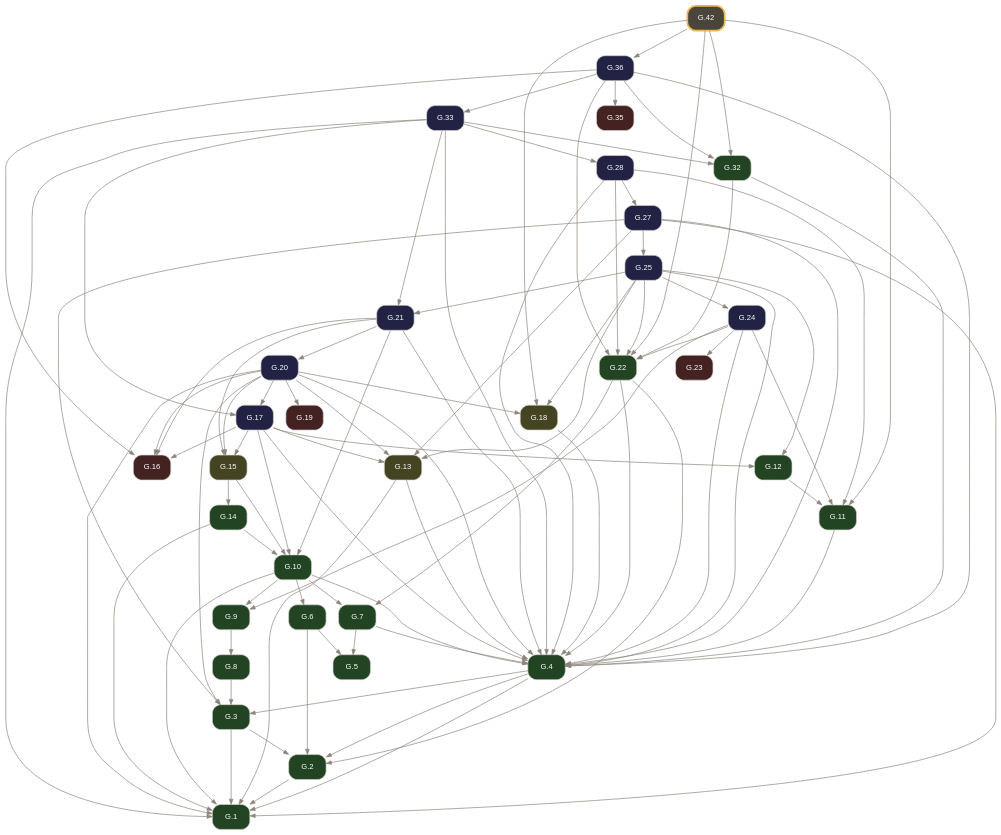
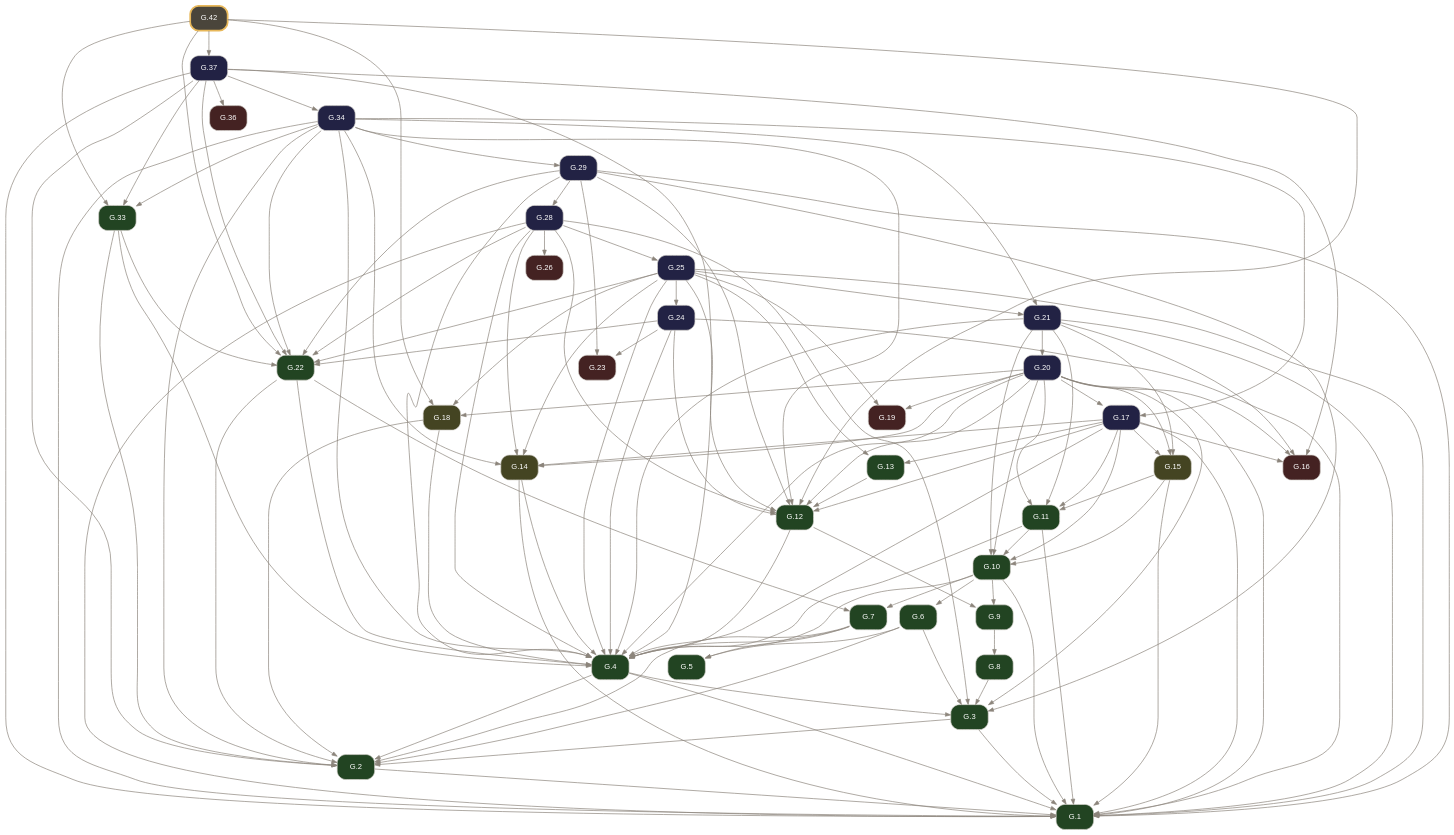
Before and after one commit to geometor/elements: the diagram in docsrc/elements2/G.42/index.rst, drawn with Graphviz. The commit also changed other lines of this file and 1276 other files, not shown here.

```diff
--- a/docsrc/elements2/G.42/index.rst
+++ b/docsrc/elements2/G.42/index.rst
@@ -86,10 +86,10 @@
      "G.8" [label="G.8", tooltip="G.8 (I.def.13): A boundary is the extremity of anything.", fillcolor="#224422", URL="../G.8/index.html", target="_top"];
      "G.9" [label="G.9", tooltip="G.9 (I.def.14): A figure is that which is contained by any boundary or boundaries.", fillcolor="#224422", URL="../G.9/index.html", target="_top"];
      "G.10" [label="G.10", tooltip="G.10 (I.def.15): A circle ( A B ) is a plane figure contained by one arc defined by a center A and a point B establishing its defining radius / A B /, such that all segments / A B /, / A C /, / A D...", fillcolor="#224422", URL="../G.10/index.html", target="_top"];
-     "G.11" [label="G.11", tooltip="G.11 (I.def.19): Rectilineal figures are contained by segments: trilateral by three, quadrilateral by four, and multilateral by more than four.", fillcolor="#224422", URL="../G.11/index.html", target="_top"];
-     "G.12" [label="G.12", tooltip="G.12 (I.def.20): Of trilateral figures, an equilateral triangle < A B C > has three equal sides, an isosceles triangle < D E F > has two equal sides, and a scalene triangle < G H K > has three uneq...", fillcolor="#224422", URL="../G.12/index.html", target="_top"];
-     "G.13" [label="G.13", tooltip="G.13 (I.post.1): Construct a segment / A B / between any two points A, B.", fillcolor="#444422", URL="../G.13/index.html", target="_top"];
-     "G.14" [label="G.14", tooltip="G.14 (I.def.16): The point A within the circle ( A B ) from which all segments / A B /, / A C / to the arc are equal is called the center of the circle.", fillcolor="#224422", URL="../G.14/index.html", target="_top"];
+     "G.11" [label="G.11", tooltip="G.11 (I.def.16): The point A within the circle ( A B ) from which all segments / A B /, / A C / to the arc are equal is called the center of the circle.", fillcolor="#224422", URL="../G.11/index.html", target="_top"];
+     "G.12" [label="G.12", tooltip="G.12 (I.def.19): Rectilineal figures are contained by segments: trilateral by three, quadrilateral by four, and multilateral by more than four.", fillcolor="#224422", URL="../G.12/index.html", target="_top"];
+     "G.13" [label="G.13", tooltip="G.13 (I.def.20): Of trilateral figures, an equilateral triangle < A B C > has three equal sides, an isosceles triangle < D E F > has two equal sides, and a scalene triangle < G H K > has three uneq...", fillcolor="#224422", URL="../G.13/index.html", target="_top"];
+     "G.14" [label="G.14", tooltip="G.14 (I.post.1): Construct a segment / A B / between any two points A, B.", fillcolor="#444422", URL="../G.14/index.html", target="_top"];
      "G.15" [label="G.15", tooltip="G.15 (I.post.3): Construct a circle ( A B ) with center A and defining radius point B.", fillcolor="#444422", URL="../G.15/index.html", target="_top"];
      "G.16" [label="G.16", tooltip="G.16 (I.cn.1): Things equal to the same thing are equal to one another.", fillcolor="#442222", URL="../G.16/index.html", target="_top"];
      "G.17" [label="G.17", tooltip="G.17 (I.1): Construct an equilateral triangle on a given segment.", fillcolor="#222244", URL="../G.17/index.html", target="_top"];
@@ -101,34 +101,50 @@
      "G.23" [label="G.23", tooltip="G.23 (I.cn.4): Things / A B /, / D E / that coincide with one another are equal to one another.", fillcolor="#442222", URL="../G.23/index.html", target="_top"];
      "G.24" [label="G.24", tooltip="G.24 (I.4): Triangles with two sides and the included angle equal are congruent (SAS).", fillcolor="#222244", URL="../G.24/index.html", target="_top"];
      "G.25" [label="G.25", tooltip="G.25 (I.5): In an isosceles triangle, the angles at the base are equal, and if the equal sides are extended, the angles under the base are equal.", fillcolor="#222244", URL="../G.25/index.html", target="_top"];
-     "G.27" [label="G.27", tooltip="G.27 (I.7): On the same segment and on the same side, there cannot be constructed two distinct triangles with both pairs of conterminous sides equal.", fillcolor="#222244", URL="../G.27/index.html", target="_top"];
-     "G.28" [label="G.28", tooltip="G.28 (I.8): Triangles with all three corresponding sides equal have their corresponding angles equal (SSS).", fillcolor="#222244", URL="../G.28/index.html", target="_top"];
-     "G.32" [label="G.32", tooltip="G.32 (I.def.10): When a segment standing on a line makes the adjacent angles equal, each of the equal angles is a right angle, and the standing segment is perpendicular to the line.", fillcolor="#224422", URL="../G.32/index.html", target="_top"];
-     "G.33" [label="G.33", tooltip="G.33 (I.11): Construct a segment at right angles to a given line from a given point on it.", fillcolor="#222244", URL="../G.33/index.html", target="_top"];
-     "G.35" [label="G.35", tooltip="G.35 (I.cn.2): If equals are added to equals, the wholes are equal.", fillcolor="#442222", URL="../G.35/index.html", target="_top"];
-     "G.36" [label="G.36", tooltip="G.36 (I.13): A segment standing on a line makes either two right angles or adjacent angles summing to two right angles.", fillcolor="#222244", URL="../G.36/index.html", target="_top"];
+     "G.26" [label="G.26", tooltip="G.26 (I.cn.5): The whole is greater than the part.", fillcolor="#442222", URL="../G.26/index.html", target="_top"];
+     "G.28" [label="G.28", tooltip="G.28 (I.7): On the same segment and on the same side, there cannot be constructed two distinct triangles with both pairs of conterminous sides equal.", fillcolor="#222244", URL="../G.28/index.html", target="_top"];
+     "G.29" [label="G.29", tooltip="G.29 (I.8): Triangles with all three corresponding sides equal have their corresponding angles equal (SSS).", fillcolor="#222244", URL="../G.29/index.html", target="_top"];
+     "G.33" [label="G.33", tooltip="G.33 (I.def.10): When a segment standing on a line makes the adjacent angles equal, each of the equal angles is a right angle, and the standing segment is perpendicular to the line.", fillcolor="#224422", URL="../G.33/index.html", target="_top"];
+     "G.34" [label="G.34", tooltip="G.34 (I.11): Construct a segment at right angles to a given line from a given point on it.", fillcolor="#222244", URL="../G.34/index.html", target="_top"];
+     "G.36" [label="G.36", tooltip="G.36 (I.cn.2): If equals are added to equals, the wholes are equal.", fillcolor="#442222", URL="../G.36/index.html", target="_top"];
+     "G.37" [label="G.37", tooltip="G.37 (I.13): A segment standing on a line makes either two right angles or adjacent angles summing to two right angles.", fillcolor="#222244", URL="../G.37/index.html", target="_top"];
      "G.42" [label="G.42", tooltip="G.42 (I.17): In any triangle, the sum of any two angles is less than two right angles.", penwidth=2.5, color="#e8b85a", fillcolor="#4a453b", URL="index.html", target="_top"];
      "G.2" -> "G.1";
      "G.3" -> "G.1";
      "G.4" -> "G.1";
      "G.10" -> "G.1";
-     "G.13" -> "G.1";
+     "G.11" -> "G.1";
      "G.14" -> "G.1";
+     "G.15" -> "G.1";
+     "G.17" -> "G.1";
      "G.20" -> "G.1";
-     "G.27" -> "G.1";
-     "G.33" -> "G.1";
+     "G.21" -> "G.1";
+     "G.24" -> "G.1";
+     "G.25" -> "G.1";
+     "G.28" -> "G.1";
+     "G.29" -> "G.1";
+     "G.34" -> "G.1";
+     "G.37" -> "G.1";
      "G.3" -> "G.2";
      "G.4" -> "G.2";
      "G.6" -> "G.2";
+     "G.7" -> "G.2";
+     "G.18" -> "G.2";
      "G.22" -> "G.2";
+     "G.33" -> "G.2";
+     "G.34" -> "G.2";
+     "G.37" -> "G.2";
      "G.4" -> "G.3";
+     "G.6" -> "G.3";
      "G.8" -> "G.3";
      "G.20" -> "G.3";
-     "G.27" -> "G.3";
+     "G.28" -> "G.3";
+     "G.29" -> "G.3";
      "G.7" -> "G.4";
      "G.10" -> "G.4";
      "G.11" -> "G.4";
-     "G.13" -> "G.4";
+     "G.12" -> "G.4";
+     "G.14" -> "G.4";
      "G.17" -> "G.4";
      "G.18" -> "G.4";
      "G.20" -> "G.4";
@@ -136,11 +152,11 @@
      "G.22" -> "G.4";
      "G.24" -> "G.4";
      "G.25" -> "G.4";
-     "G.27" -> "G.4";
      "G.28" -> "G.4";
-     "G.32" -> "G.4";
+     "G.29" -> "G.4";
      "G.33" -> "G.4";
-     "G.36" -> "G.4";
+     "G.34" -> "G.4";
+     "G.37" -> "G.4";
      "G.6" -> "G.5";
      "G.7" -> "G.5";
      "G.10" -> "G.6";
@@ -148,53 +164,68 @@
      "G.22" -> "G.7";
      "G.9" -> "G.8";
      "G.10" -> "G.9";
-     "G.24" -> "G.9";
-     "G.14" -> "G.10";
+     "G.12" -> "G.9";
+     "G.11" -> "G.10";
      "G.15" -> "G.10";
      "G.17" -> "G.10";
+     "G.20" -> "G.10";
      "G.21" -> "G.10";
-     "G.12" -> "G.11";
-     "G.24" -> "G.11";
-     "G.28" -> "G.11";
-     "G.42" -> "G.11";
+     "G.15" -> "G.11";
+     "G.17" -> "G.11";
+     "G.20" -> "G.11";
+     "G.21" -> "G.11";
+     "G.13" -> "G.12";
      "G.17" -> "G.12";
+     "G.20" -> "G.12";
+     "G.24" -> "G.12";
      "G.25" -> "G.12";
+     "G.28" -> "G.12";
+     "G.29" -> "G.12";
+     "G.34" -> "G.12";
+     "G.42" -> "G.12";
      "G.17" -> "G.13";
-     "G.20" -> "G.13";
      "G.25" -> "G.13";
-     "G.27" -> "G.13";
-     "G.15" -> "G.14";
+     "G.17" -> "G.14";
+     "G.20" -> "G.14";
+     "G.25" -> "G.14";
+     "G.28" -> "G.14";
+     "G.34" -> "G.14";
      "G.17" -> "G.15";
      "G.20" -> "G.15";
      "G.21" -> "G.15";
      "G.17" -> "G.16";
      "G.20" -> "G.16";
      "G.21" -> "G.16";
-     "G.36" -> "G.16";
+     "G.37" -> "G.16";
      "G.20" -> "G.17";
-     "G.33" -> "G.17";
+     "G.34" -> "G.17";
      "G.20" -> "G.18";
      "G.25" -> "G.18";
      "G.42" -> "G.18";
      "G.20" -> "G.19";
+     "G.25" -> "G.19";
      "G.21" -> "G.20";
      "G.25" -> "G.21";
-     "G.33" -> "G.21";
+     "G.34" -> "G.21";
      "G.24" -> "G.22";
      "G.25" -> "G.22";
      "G.28" -> "G.22";
-     "G.32" -> "G.22";
-     "G.36" -> "G.22";
+     "G.29" -> "G.22";
+     "G.33" -> "G.22";
+     "G.34" -> "G.22";
+     "G.37" -> "G.22";
      "G.42" -> "G.22";
      "G.24" -> "G.23";
+     "G.29" -> "G.23";
      "G.25" -> "G.24";
-     "G.27" -> "G.25";
-     "G.28" -> "G.27";
-     "G.33" -> "G.28";
-     "G.33" -> "G.32";
-     "G.36" -> "G.32";
-     "G.42" -> "G.32";
-     "G.36" -> "G.33";
-     "G.36" -> "G.35";
-     "G.42" -> "G.36";
+     "G.28" -> "G.25";
+     "G.28" -> "G.26";
+     "G.29" -> "G.28";
+     "G.34" -> "G.29";
+     "G.34" -> "G.33";
+     "G.37" -> "G.33";
+     "G.42" -> "G.33";
+     "G.37" -> "G.34";
+     "G.37" -> "G.36";
+     "G.42" -> "G.37";
    }
```
